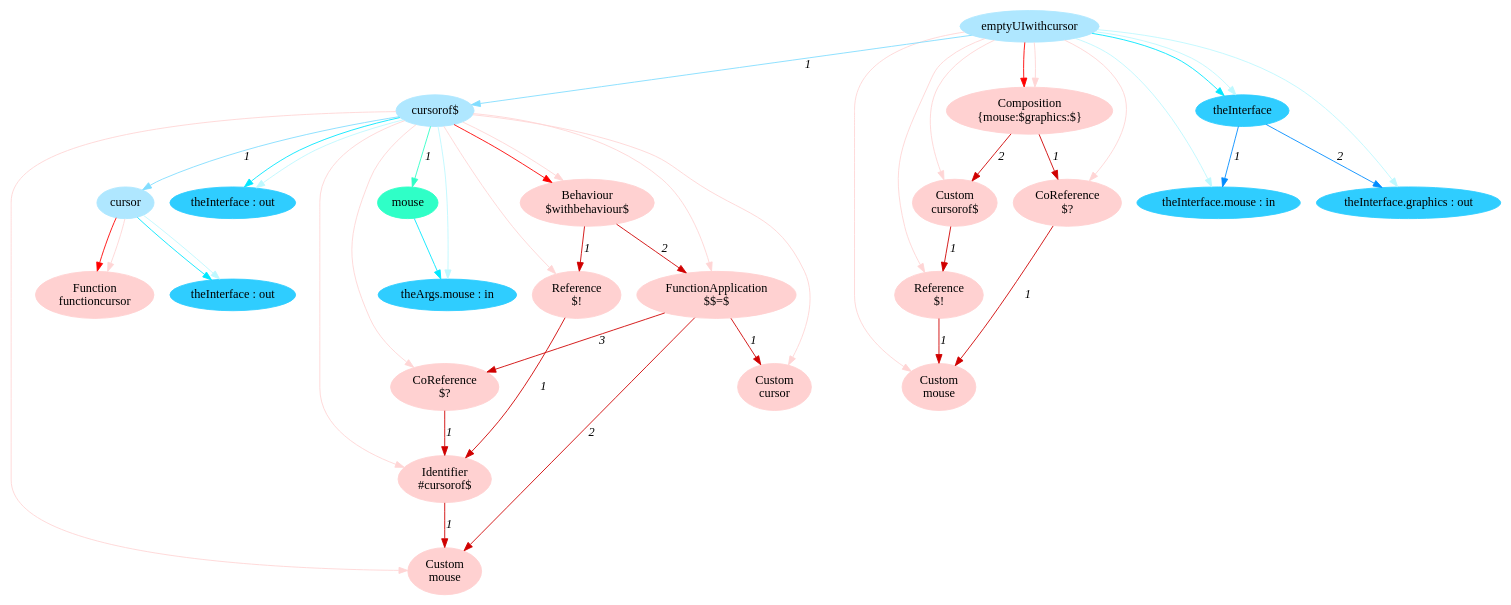
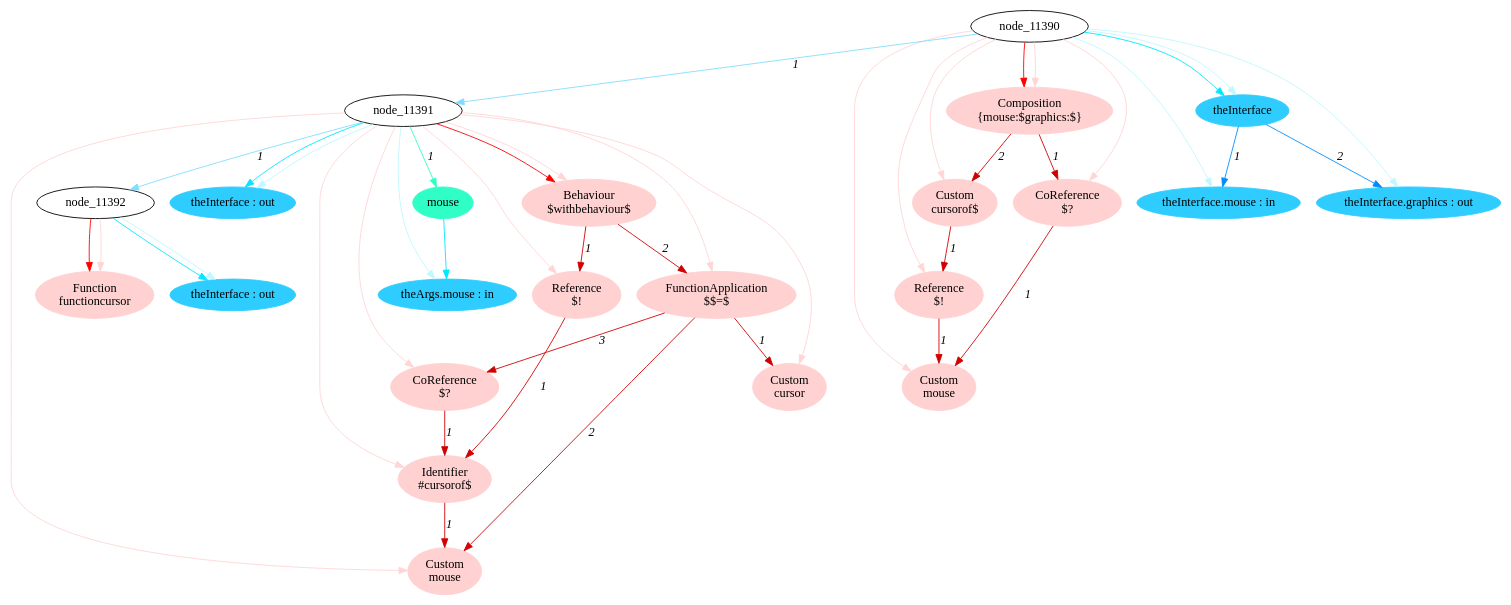
The diagram in lidl-core/example/ok/uiEmptyWithCursor/dot/3referentialTransparency1.dot (crubier/lidl), drawn with Graphviz before and after one commit. The commit also changed 603 other files, not shown here.

```diff
--- a/lidl-core/example/ok/uiEmptyWithCursor/dot/3referentialTransparency1.dot
+++ b/lidl-core/example/ok/uiEmptyWithCursor/dot/3referentialTransparency1.dot
@@ -1,81 +1,78 @@
 digraph g{node_11466 [shape="ellipse", style="filled", color="#ffd1d1", fontname="Times", label="Function
 functioncursor" ]
 node_11469 [shape="ellipse", style="filled", color="#ffd1d1", fontname="Times", label="Custom
 mouse" ]
 node_11474 [shape="ellipse", style="filled", color="#ffd1d1", fontname="Times", label="Identifier
 #cursorof$" ]
 node_11479 [shape="ellipse", style="filled", color="#ffd1d1", fontname="Times", label="Reference
 $!" ]
 node_11483 [shape="ellipse", style="filled", color="#ffd1d1", fontname="Times", label="Custom
 cursor" ]
 node_11486 [shape="ellipse", style="filled", color="#ffd1d1", fontname="Times", label="CoReference
 $?" ]
 node_11490 [shape="ellipse", style="filled", color="#ffd1d1", fontname="Times", label="FunctionApplication
 $$=$" ]
 node_11496 [shape="ellipse", style="filled", color="#ffd1d1", fontname="Times", label="Behaviour
 $withbehaviour$" ]
 node_11501 [shape="ellipse", style="filled", color="#ffd1d1", fontname="Times", label="Custom
 mouse" ]
 node_11505 [shape="ellipse", style="filled", color="#ffd1d1", fontname="Times", label="CoReference
 $?" ]
 node_11509 [shape="ellipse", style="filled", color="#ffd1d1", fontname="Times", label="Reference
 $!" ]
 node_11513 [shape="ellipse", style="filled", color="#ffd1d1", fontname="Times", label="Custom
 cursorof$" ]
 node_11517 [shape="ellipse", style="filled", color="#ffd1d1", fontname="Times", label="Composition
 {mouse:$graphics:$}" ]
-node_11390 [shape="ellipse", style="filled", color="#afe7ff", fontname="Times", label="emptyUIwithcursor" ]
-node_11391 [shape="ellipse", style="filled", color="#afe7ff", fontname="Times", label="cursorof$" ]
-node_11392 [shape="ellipse", style="filled", color="#afe7ff", fontname="Times", label="cursor" ]
 node_11400 [shape="ellipse", style="filled", color="#2fffc7", fontname="Times", label="mouse" ]
 node_11393 [shape="ellipse", style="filled", color="#2fcdff", fontname="Times", label="theInterface : out" ]
 node_11401 [shape="ellipse", style="filled", color="#2fcdff", fontname="Times", label="theArgs.mouse : in" ]
 node_11405 [shape="ellipse", style="filled", color="#2fcdff", fontname="Times", label="theInterface : out" ]
 node_11439 [shape="ellipse", style="filled", color="#2fcdff", fontname="Times", label="theInterface" ]
 node_11440 [shape="ellipse", style="filled", color="#2fcdff", fontname="Times", label="theInterface.mouse : in" ]
 node_11442 [shape="ellipse", style="filled", color="#2fcdff", fontname="Times", label="theInterface.graphics : out" ]
 node_11474 -> node_11469 [dir=forward, arrowHead=normal, fontname="Times-Italic", arrowsize=1, color="#d00000", label="1",  headlabel="", taillabel="" ]
 node_11479 -> node_11474 [dir=forward, arrowHead=normal, fontname="Times-Italic", arrowsize=1, color="#d00000", label="1",  headlabel="", taillabel="" ]
 node_11486 -> node_11474 [dir=forward, arrowHead=normal, fontname="Times-Italic", arrowsize=1, color="#d00000", label="1",  headlabel="", taillabel="" ]
 node_11490 -> node_11469 [dir=forward, arrowHead=normal, fontname="Times-Italic", arrowsize=1, color="#d00000", label="2",  headlabel="", taillabel="" ]
 node_11490 -> node_11483 [dir=forward, arrowHead=normal, fontname="Times-Italic", arrowsize=1, color="#d00000", label="1",  headlabel="", taillabel="" ]
 node_11490 -> node_11486 [dir=forward, arrowHead=normal, fontname="Times-Italic", arrowsize=1, color="#d00000", label="3",  headlabel="", taillabel="" ]
 node_11496 -> node_11479 [dir=forward, arrowHead=normal, fontname="Times-Italic", arrowsize=1, color="#d00000", label="1",  headlabel="", taillabel="" ]
 node_11496 -> node_11490 [dir=forward, arrowHead=normal, fontname="Times-Italic", arrowsize=1, color="#d00000", label="2",  headlabel="", taillabel="" ]
 node_11505 -> node_11501 [dir=forward, arrowHead=normal, fontname="Times-Italic", arrowsize=1, color="#d00000", label="1",  headlabel="", taillabel="" ]
 node_11509 -> node_11501 [dir=forward, arrowHead=normal, fontname="Times-Italic", arrowsize=1, color="#d00000", label="1",  headlabel="", taillabel="" ]
 node_11513 -> node_11509 [dir=forward, arrowHead=normal, fontname="Times-Italic", arrowsize=1, color="#d00000", label="1",  headlabel="", taillabel="" ]
 node_11517 -> node_11505 [dir=forward, arrowHead=normal, fontname="Times-Italic", arrowsize=1, color="#d00000", label="1",  headlabel="", taillabel="" ]
 node_11517 -> node_11513 [dir=forward, arrowHead=normal, fontname="Times-Italic", arrowsize=1, color="#d00000", label="2",  headlabel="", taillabel="" ]
 node_11392 -> node_11466 [dir=forward, arrowHead=normal, fontname="Times-Italic", arrowsize=1, color="#ff0000", label="",  headlabel="", taillabel="" ]
 node_11391 -> node_11496 [dir=forward, arrowHead=normal, fontname="Times-Italic", arrowsize=1, color="#ff0000", label="",  headlabel="", taillabel="" ]
 node_11390 -> node_11517 [dir=forward, arrowHead=normal, fontname="Times-Italic", arrowsize=1, color="#ff0000", label="",  headlabel="", taillabel="" ]
 node_11392 -> node_11466 [dir=forward, arrowHead=normal, fontname="Times-Italic", arrowsize=1, color="#ffd5d5", label="",  headlabel="", taillabel="" ]
 node_11391 -> node_11469 [dir=forward, arrowHead=normal, fontname="Times-Italic", arrowsize=1, color="#ffd5d5", label="",  headlabel="", taillabel="" ]
 node_11391 -> node_11474 [dir=forward, arrowHead=normal, fontname="Times-Italic", arrowsize=1, color="#ffd5d5", label="",  headlabel="", taillabel="" ]
 node_11391 -> node_11479 [dir=forward, arrowHead=normal, fontname="Times-Italic", arrowsize=1, color="#ffd5d5", label="",  headlabel="", taillabel="" ]
 node_11391 -> node_11483 [dir=forward, arrowHead=normal, fontname="Times-Italic", arrowsize=1, color="#ffd5d5", label="",  headlabel="", taillabel="" ]
 node_11391 -> node_11486 [dir=forward, arrowHead=normal, fontname="Times-Italic", arrowsize=1, color="#ffd5d5", label="",  headlabel="", taillabel="" ]
 node_11391 -> node_11490 [dir=forward, arrowHead=normal, fontname="Times-Italic", arrowsize=1, color="#ffd5d5", label="",  headlabel="", taillabel="" ]
 node_11391 -> node_11496 [dir=forward, arrowHead=normal, fontname="Times-Italic", arrowsize=1, color="#ffd5d5", label="",  headlabel="", taillabel="" ]
 node_11390 -> node_11501 [dir=forward, arrowHead=normal, fontname="Times-Italic", arrowsize=1, color="#ffd5d5", label="",  headlabel="", taillabel="" ]
 node_11390 -> node_11505 [dir=forward, arrowHead=normal, fontname="Times-Italic", arrowsize=1, color="#ffd5d5", label="",  headlabel="", taillabel="" ]
 node_11390 -> node_11509 [dir=forward, arrowHead=normal, fontname="Times-Italic", arrowsize=1, color="#ffd5d5", label="",  headlabel="", taillabel="" ]
 node_11390 -> node_11513 [dir=forward, arrowHead=normal, fontname="Times-Italic", arrowsize=1, color="#ffd5d5", label="",  headlabel="", taillabel="" ]
 node_11390 -> node_11517 [dir=forward, arrowHead=normal, fontname="Times-Italic", arrowsize=1, color="#ffd5d5", label="",  headlabel="", taillabel="" ]
 node_11391 -> node_11400 [dir=forward, arrowHead=normal, fontname="Times-Italic", arrowsize=1, color="#2fffc7", label="1",  headlabel="", taillabel="" ]
 node_11400 -> node_11401 [dir=forward, arrowHead=normal, fontname="Times-Italic", arrowsize=1, color="#00e8ff", label="",  headlabel="", taillabel="" ]
 node_11392 -> node_11393 [dir=forward, arrowHead=normal, fontname="Times-Italic", arrowsize=1, color="#00e8ff", label="",  headlabel="", taillabel="" ]
 node_11391 -> node_11405 [dir=forward, arrowHead=normal, fontname="Times-Italic", arrowsize=1, color="#00e8ff", label="",  headlabel="", taillabel="" ]
 node_11390 -> node_11439 [dir=forward, arrowHead=normal, fontname="Times-Italic", arrowsize=1, color="#00e8ff", label="",  headlabel="", taillabel="" ]
 node_11392 -> node_11393 [dir=forward, arrowHead=normal, fontname="Times-Italic", arrowsize=1, color="#bef9ff", label="",  headlabel="", taillabel="" ]
 node_11391 -> node_11401 [dir=forward, arrowHead=normal, fontname="Times-Italic", arrowsize=1, color="#bef9ff", label="",  headlabel="", taillabel="" ]
 node_11391 -> node_11405 [dir=forward, arrowHead=normal, fontname="Times-Italic", arrowsize=1, color="#bef9ff", label="",  headlabel="", taillabel="" ]
 node_11390 -> node_11440 [dir=forward, arrowHead=normal, fontname="Times-Italic", arrowsize=1, color="#bef9ff", label="",  headlabel="", taillabel="" ]
 node_11390 -> node_11442 [dir=forward, arrowHead=normal, fontname="Times-Italic", arrowsize=1, color="#bef9ff", label="",  headlabel="", taillabel="" ]
 node_11390 -> node_11439 [dir=forward, arrowHead=normal, fontname="Times-Italic", arrowsize=1, color="#bef9ff", label="",  headlabel="", taillabel="" ]
 node_11439 -> node_11440 [dir=forward, arrowHead=normal, fontname="Times-Italic", arrowsize=1, color="#008cff", label="1",  headlabel="", taillabel="" ]
 node_11439 -> node_11442 [dir=forward, arrowHead=normal, fontname="Times-Italic", arrowsize=1, color="#008cff", label="2",  headlabel="", taillabel="" ]
 node_11391 -> node_11392 [dir=forward, arrowHead=normal, fontname="Times-Italic", arrowsize=1, color="#81ddff", label="1",  headlabel="", taillabel="" ]
 node_11390 -> node_11391 [dir=forward, arrowHead=normal, fontname="Times-Italic", arrowsize=1, color="#81ddff", label="1",  headlabel="", taillabel="" ]
 }
```
